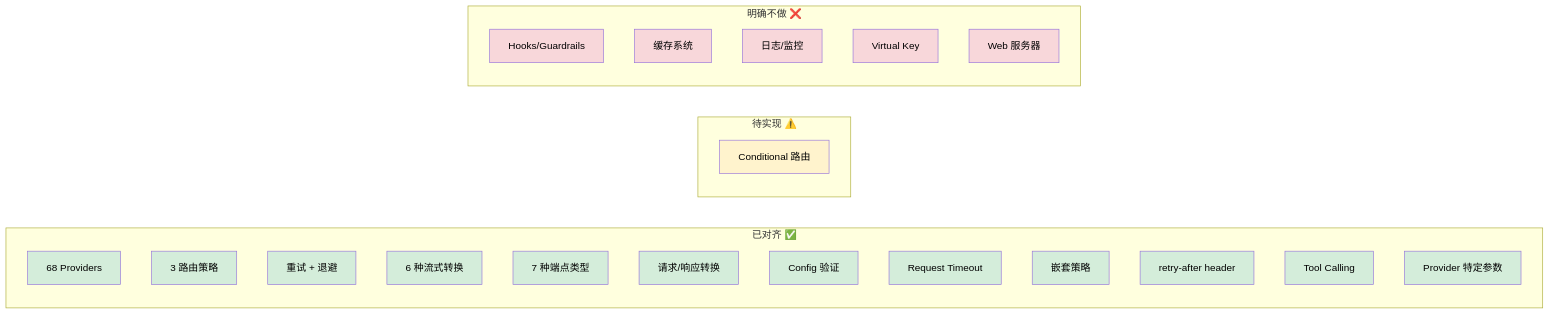
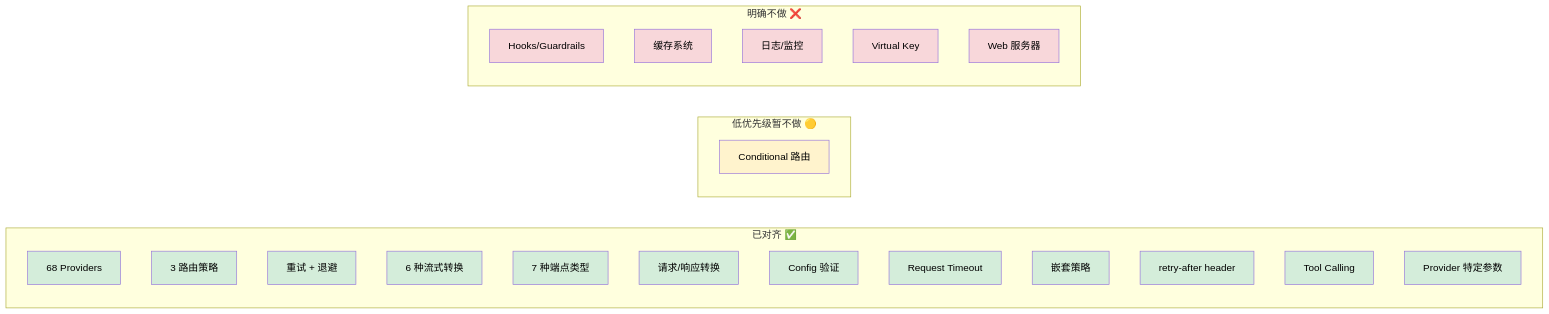
One commit to xandersbell/chainr changed the diagram in docs/PORTKEY_DIFF_REPORT.md. Above: the diagram before and after it, drawn with Mermaid. The commit also changed other lines of this file and 1 other file, not shown here.

````diff
--- a/docs/PORTKEY_DIFF_REPORT.md
+++ b/docs/PORTKEY_DIFF_REPORT.md
@@ -195,48 +192,48 @@
 ```mermaid
 graph LR
     subgraph "已对齐 ✅"
         A[68 Providers]
         B[3 路由策略]
         C[重试 + 退避]
         D[6 种流式转换]
         E[7 种端点类型]
         F[请求/响应转换]
         G[Config 验证]
         H[Request Timeout]
         I[嵌套策略]
         K[retry-after header]
         S[Tool Calling]
         T[Provider 特定参数]
     end
 
-    subgraph "待实现 ⚠️"
+    subgraph "低优先级暂不做 🟡"
         J[Conditional 路由]
     end
 
     subgraph "明确不做 ❌"
         N[Hooks/Guardrails]
         O[缓存系统]
         P[日志/监控]
         Q[Virtual Key]
         R[Web 服务器]
     end
 
     style A fill:#d4edda,color:#000
     style B fill:#d4edda,color:#000
     style C fill:#d4edda,color:#000
     style D fill:#d4edda,color:#000
     style E fill:#d4edda,color:#000
     style F fill:#d4edda,color:#000
     style G fill:#d4edda,color:#000
     style H fill:#d4edda,color:#000
     style I fill:#d4edda,color:#000
     style K fill:#d4edda,color:#000
     style S fill:#d4edda,color:#000
     style T fill:#d4edda,color:#000
     style J fill:#fff3cd,color:#000
     style N fill:#f8d7da,color:#000
     style O fill:#f8d7da,color:#000
     style P fill:#f8d7da,color:#000
     style Q fill:#f8d7da,color:#000
     style R fill:#f8d7da,color:#000
 ```
````
